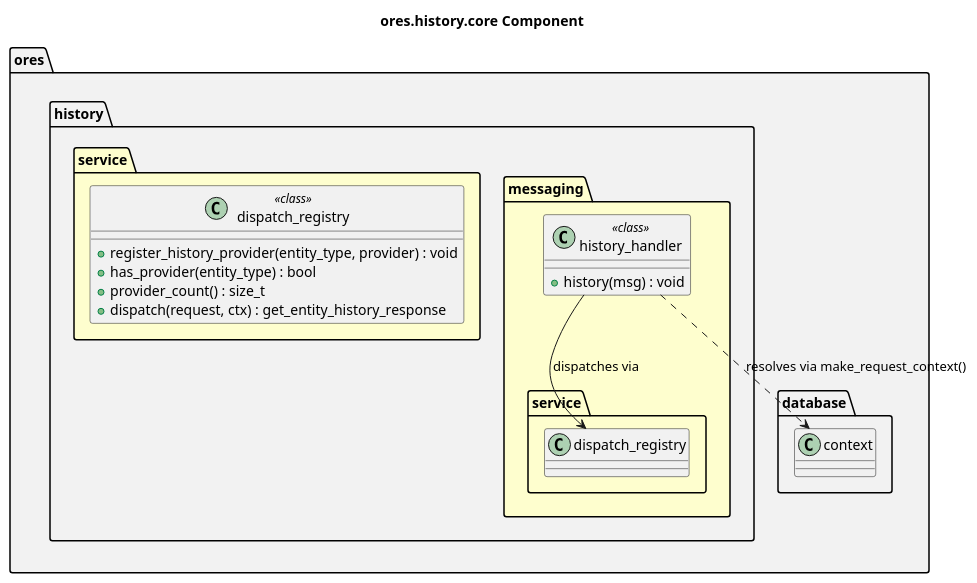
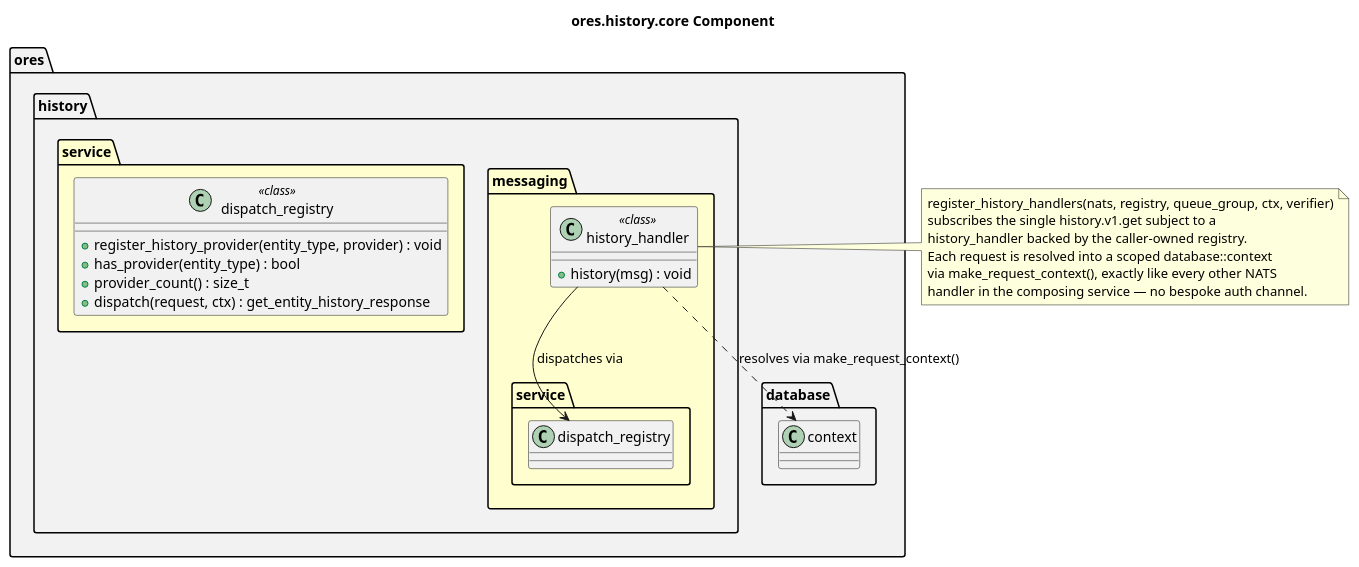
Before and after one commit to OreStudio/OreStudio: the diagram in projects/ores.history/core/modeling/ores.history.core.puml, drawn with PlantUML. The commit also changed 9 other files, not shown here.

```diff
--- a/projects/ores.history/core/modeling/ores.history.core.puml
+++ b/projects/ores.history/core/modeling/ores.history.core.puml
@@ -18,36 +18,36 @@
 @startuml
 
 title ores.history.core Component
 
 set namespaceSeparator ::
 
 namespace ores #F2F2F2 {
     namespace history #F2F2F2 {
         namespace messaging #FEFECE {
             class history_handler <<class>> {
                 +history(msg) : void
             }
             history_handler --> service::dispatch_registry : dispatches via
             history_handler ..> ores::database::context : resolves via make_request_context()
         }
         namespace service #FEFECE {
             class dispatch_registry <<class>> {
                 +register_history_provider(entity_type, provider) : void
                 +has_provider(entity_type) : bool
                 +provider_count() : size_t
                 +dispatch(request, ctx) : get_entity_history_response
             }
         }
     }
 }
 
-note right of ores::history::messaging::history_handler
+note right of "ores::history::messaging::history_handler"
   register_history_handlers(nats, registry, queue_group, ctx, verifier)
   subscribes the single history.v1.get subject to a
   history_handler backed by the caller-owned registry.
   Each request is resolved into a scoped database::context
   via make_request_context(), exactly like every other NATS
   handler in the composing service — no bespoke auth channel.
 end note
 
 @enduml
```
